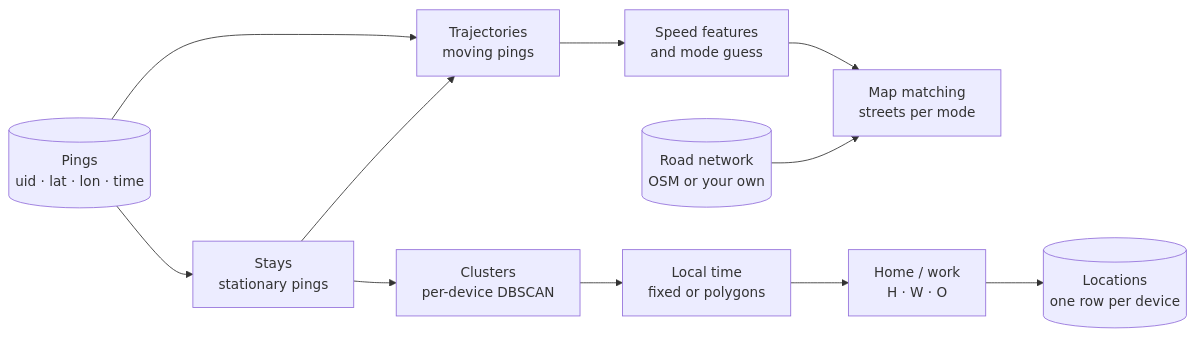
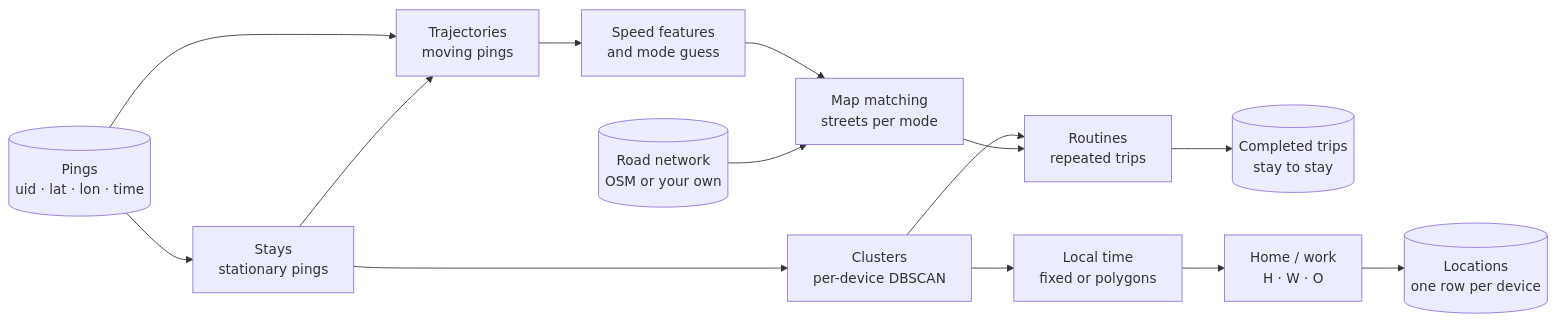
One commit to ollin18/polaroam changed the diagram in docs/guide/index.md. Above: the diagram before and after it, drawn with Mermaid. The commit also changed other lines of this file and 9 other files, not shown here.

````diff
--- a/docs/guide/index.md
+++ b/docs/guide/index.md
@@ -6,13 +6,16 @@
 ```mermaid
 flowchart LR
     P[(Pings<br/>uid · lat · lon · time)] --> S[Stays<br/>stationary pings]
     P --> T[Trajectories<br/>moving pings]
     S --> T
     T --> M[Speed features<br/>and mode guess]
     M --> R[Map matching<br/>streets per mode]
     N[(Road network<br/>OSM or your own)] --> R
+    C --> RT[Routines<br/>repeated trips]
+    R --> RT
+    RT --> CT[(Completed trips<br/>stay to stay)]
     S --> C[Clusters<br/>per-device DBSCAN]
     C --> L[Local time<br/>fixed or polygons]
     L --> H[Home / work<br/>H · W · O]
     H --> O[(Locations<br/>one row per device)]
 ```
````
